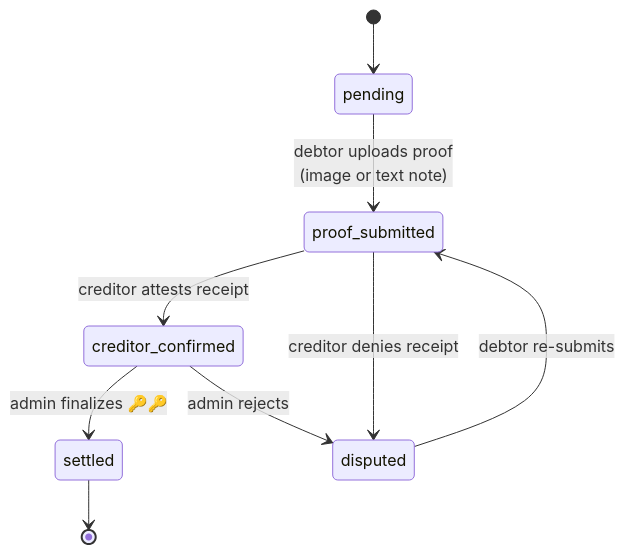
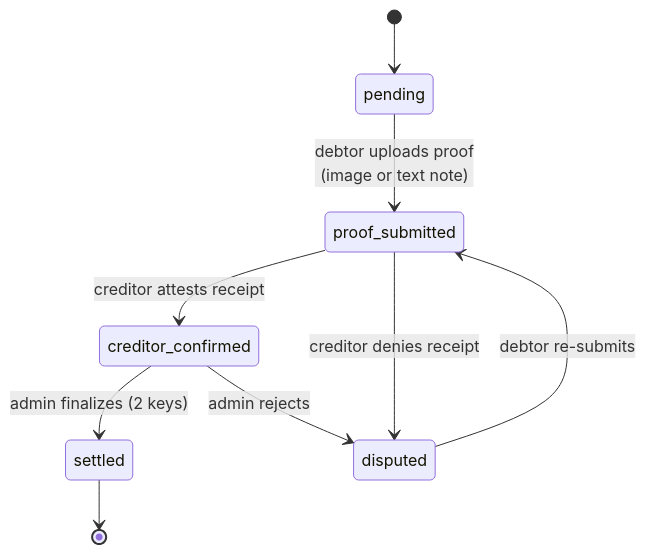
Before and after one commit to omdezo/Expense-splitter: the second of 2 diagrams in README.md, drawn with Mermaid. The commit also changed other lines of this file, not shown here.

Commit message:
README: drop emojis, keep structure and diagrams

````diff
--- a/README.md
+++ b/README.md
@@ -97,11 +97,11 @@
 ```mermaid
 stateDiagram-v2
     [*] --> pending
     pending --> proof_submitted: debtor uploads proof<br/>(image or text note)
     proof_submitted --> creditor_confirmed: creditor attests receipt
     proof_submitted --> disputed: creditor denies receipt
-    creditor_confirmed --> settled: admin finalizes 🔑🔑
+    creditor_confirmed --> settled: admin finalizes (2 keys)
     creditor_confirmed --> disputed: admin rejects
     disputed --> proof_submitted: debtor re-submits
     settled --> [*]
 ```
````
